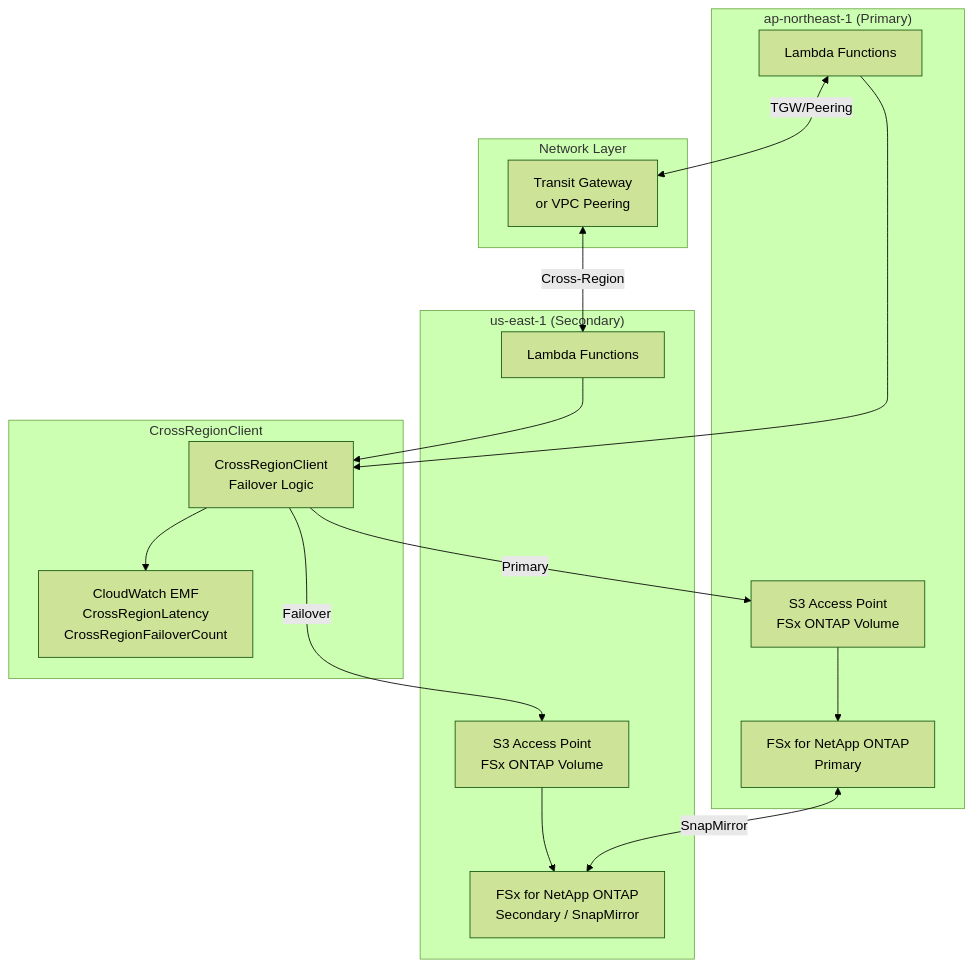
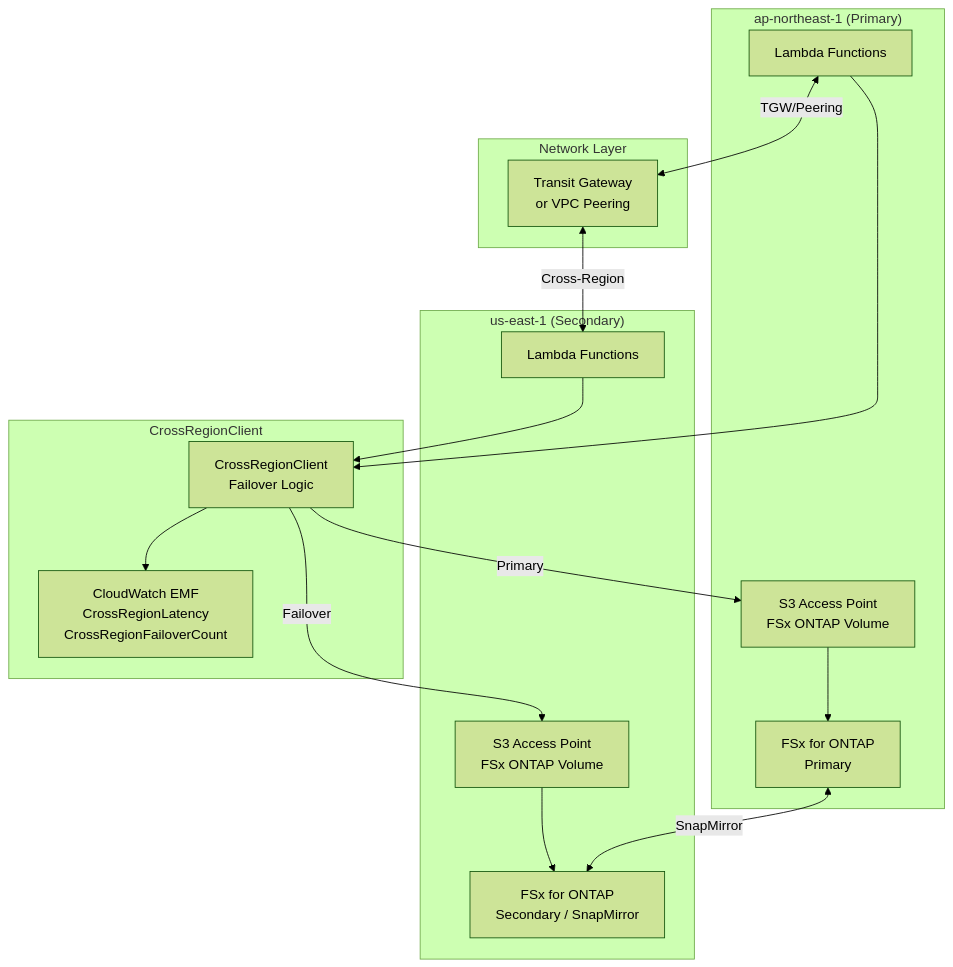
One commit to Yoshiki0705/FSx-for-ONTAP-S3AccessPoints-Serverless-Patterns changed the first of 2 diagrams in docs/multi-region/cross-region-s3ap.md. Above: the diagram before and after it, drawn with Mermaid (forest theme). The commit also changed other lines of this file and 597 other files, not shown here.

````diff
--- a/docs/multi-region/cross-region-s3ap.md
+++ b/docs/multi-region/cross-region-s3ap.md
@@ -16,34 +16,34 @@
 ```mermaid
 graph TB
     subgraph "ap-northeast-1 (Primary)"
         LAMBDA_P[Lambda Functions]
         S3AP_P[S3 Access Point<br/>FSx ONTAP Volume]
-        FSXN_P[FSx for NetApp ONTAP<br/>Primary]
+        FSXN_P[FSx for ONTAP<br/>Primary]
     end
 
     subgraph "us-east-1 (Secondary)"
         LAMBDA_S[Lambda Functions]
         S3AP_S[S3 Access Point<br/>FSx ONTAP Volume]
-        FSXN_S[FSx for NetApp ONTAP<br/>Secondary / SnapMirror]
+        FSXN_S[FSx for ONTAP<br/>Secondary / SnapMirror]
     end
 
     subgraph "Network Layer"
         TGW[Transit Gateway<br/>or VPC Peering]
     end
 
     subgraph "CrossRegionClient"
         CRC[CrossRegionClient<br/>Failover Logic]
         METRICS[CloudWatch EMF<br/>CrossRegionLatency<br/>CrossRegionFailoverCount]
     end
 
     LAMBDA_P --> CRC
     LAMBDA_S --> CRC
     CRC -->|Primary| S3AP_P
     CRC -->|Failover| S3AP_S
     S3AP_P --> FSXN_P
     S3AP_S --> FSXN_S
     FSXN_P <-->|SnapMirror| FSXN_S
     LAMBDA_P <-->|TGW/Peering| TGW
     TGW <-->|Cross-Region| LAMBDA_S
     CRC --> METRICS
 ```
````
